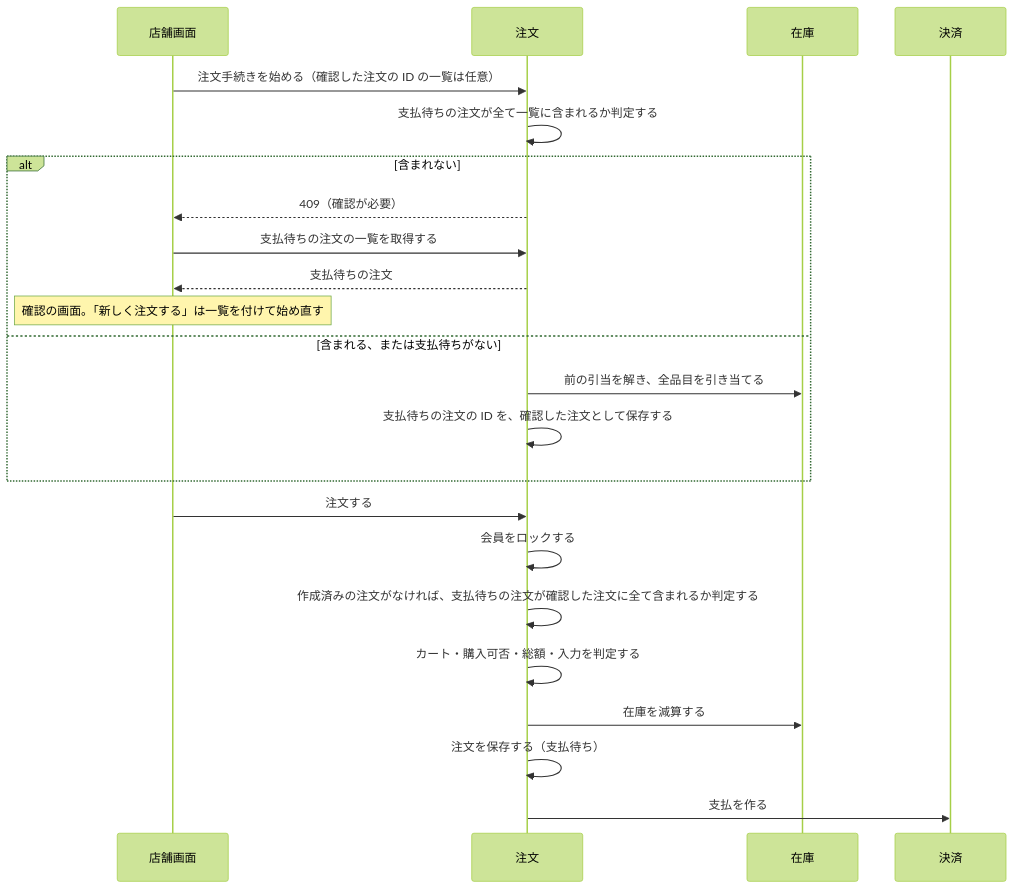
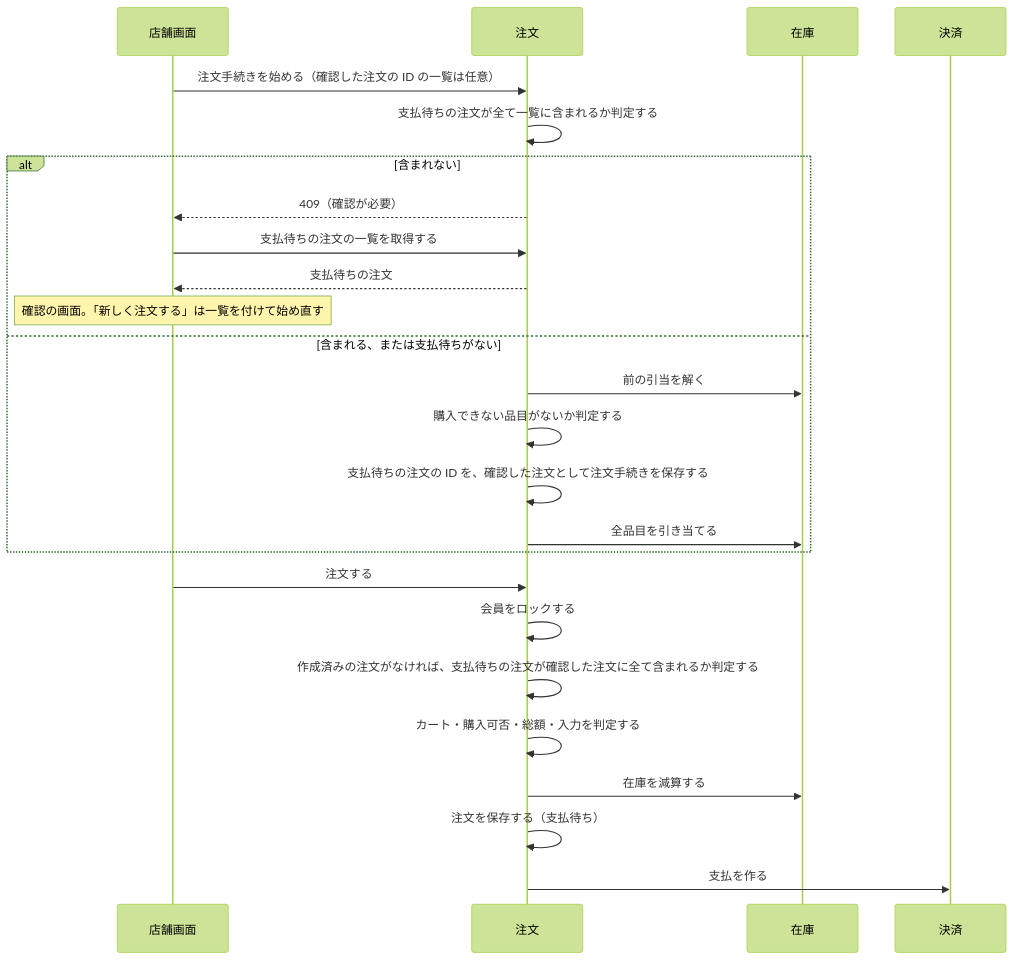
One commit to roger88106/ec-site changed the first of 3 diagrams in docs/02-設計/order.md. Above: the diagram before and after it, drawn with Mermaid (forest theme). The commit also changed other lines of this file and 25 other files, not shown here.

````diff
--- a/docs/02-設計/order.md
+++ b/docs/02-設計/order.md
@@ -35,25 +35,27 @@
 ```mermaid
 sequenceDiagram
     participant U as 店舗画面
     participant O as 注文
     participant I as 在庫
     participant P as 決済
     U->>O: 注文手続きを始める（確認した注文の ID の一覧は任意）
     O->>O: 支払待ちの注文が全て一覧に含まれるか判定する
     alt 含まれない
         O-->>U: 409（確認が必要）
         U->>O: 支払待ちの注文の一覧を取得する
         O-->>U: 支払待ちの注文
         Note over U: 確認の画面。「新しく注文する」は一覧を付けて始め直す
     else 含まれる、または支払待ちがない
-        O->>I: 前の引当を解き、全品目を引き当てる
-        O->>O: 支払待ちの注文の ID を、確認した注文として保存する
+        O->>I: 前の引当を解く
+        O->>O: 購入できない品目がないか判定する
+        O->>O: 支払待ちの注文の ID を、確認した注文として注文手続きを保存する
+        O->>I: 全品目を引き当てる
     end
     U->>O: 注文する
     O->>O: 会員をロックする
     O->>O: 作成済みの注文がなければ、支払待ちの注文が確認した注文に全て含まれるか判定する
     O->>O: カート・購入可否・総額・入力を判定する
     O->>I: 在庫を減算する
     O->>O: 注文を保存する（支払待ち）
     O->>P: 支払を作る
 ```
````
